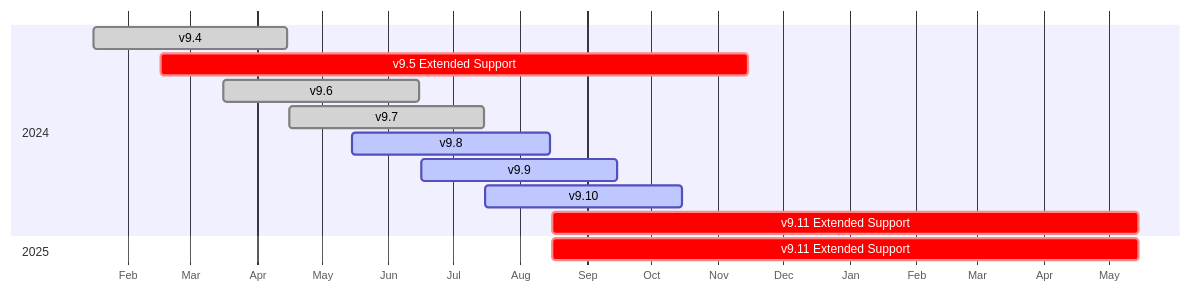
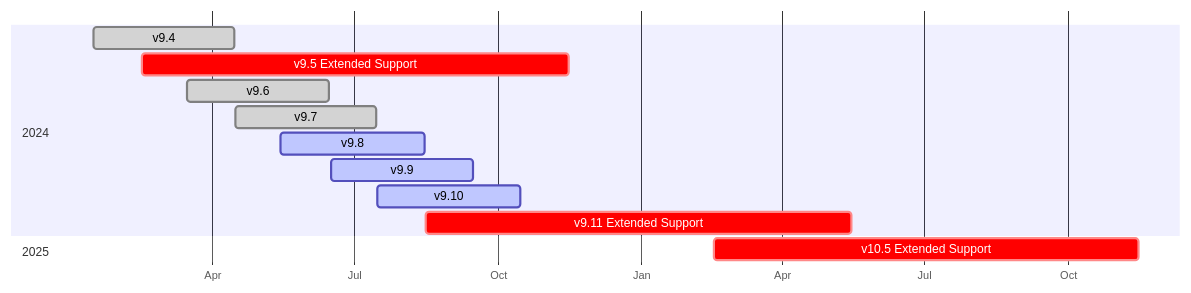
One commit to mattermost/docs changed the diagram in source/about/release-policy.md. Above: the diagram before and after it, drawn with Mermaid.

````diff
--- a/source/about/release-policy.md
+++ b/source/about/release-policy.md
@@ -48,19 +48,19 @@
 ```{mermaid}
 
 gantt
     dateFormat  YYYY-MM-DD
     axisFormat  %b
     
     section 2024
     v9.4                   :done,    2024-01-16, 2024-04-15
     v9.5 Extended Support  :crit,    2024-02-16, 2024-11-15
     v9.6                   :done,  2024-03-16, 2024-06-15
     v9.7                   :done,  2024-04-16, 2024-07-15
     v9.8                   :active,  2024-05-15, 2024-08-15
     v9.9                   :active,  2024-06-16, 2024-09-15
     v9.10                  :active,  2024-07-16, 2024-10-15
     v9.11 Extended Support :crit,    2024-08-16, 2025-05-15
 
     section 2025
-    v9.11 Extended Support :crit,    2024-08-16, 2025-05-15
+    v10.5 Extended Support :crit,    2025-02-16, 2025-11-15
 ```
````
